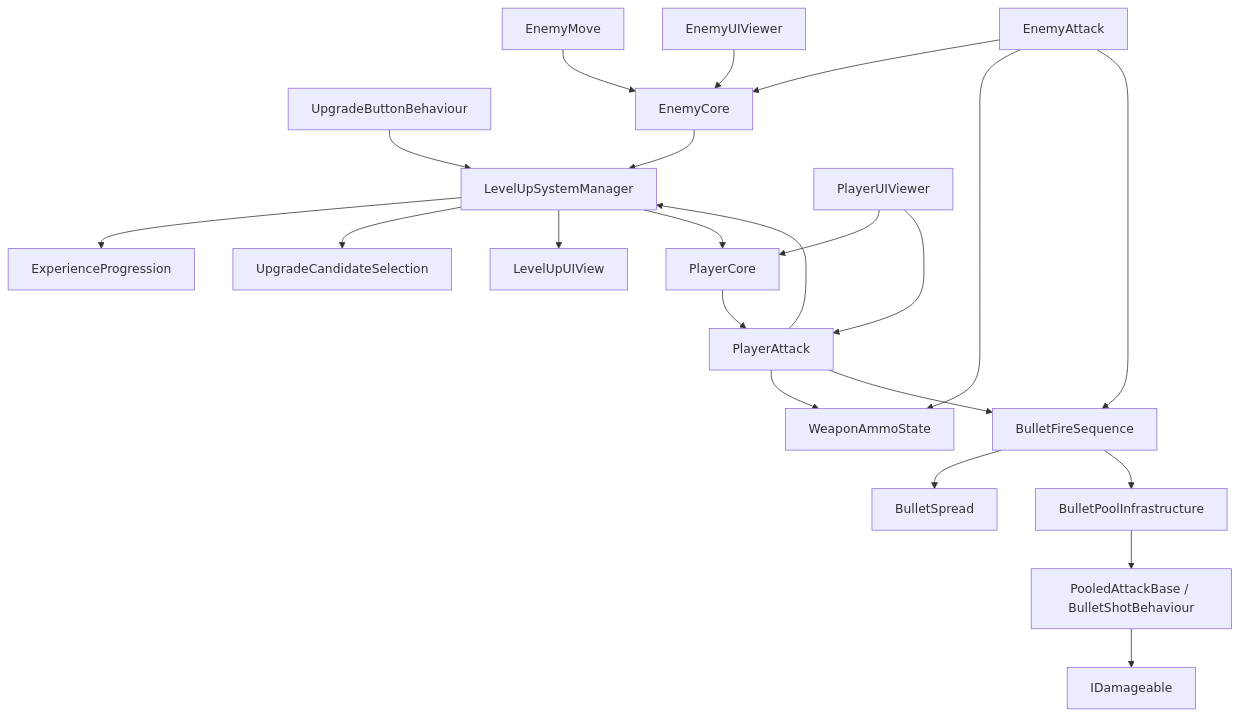
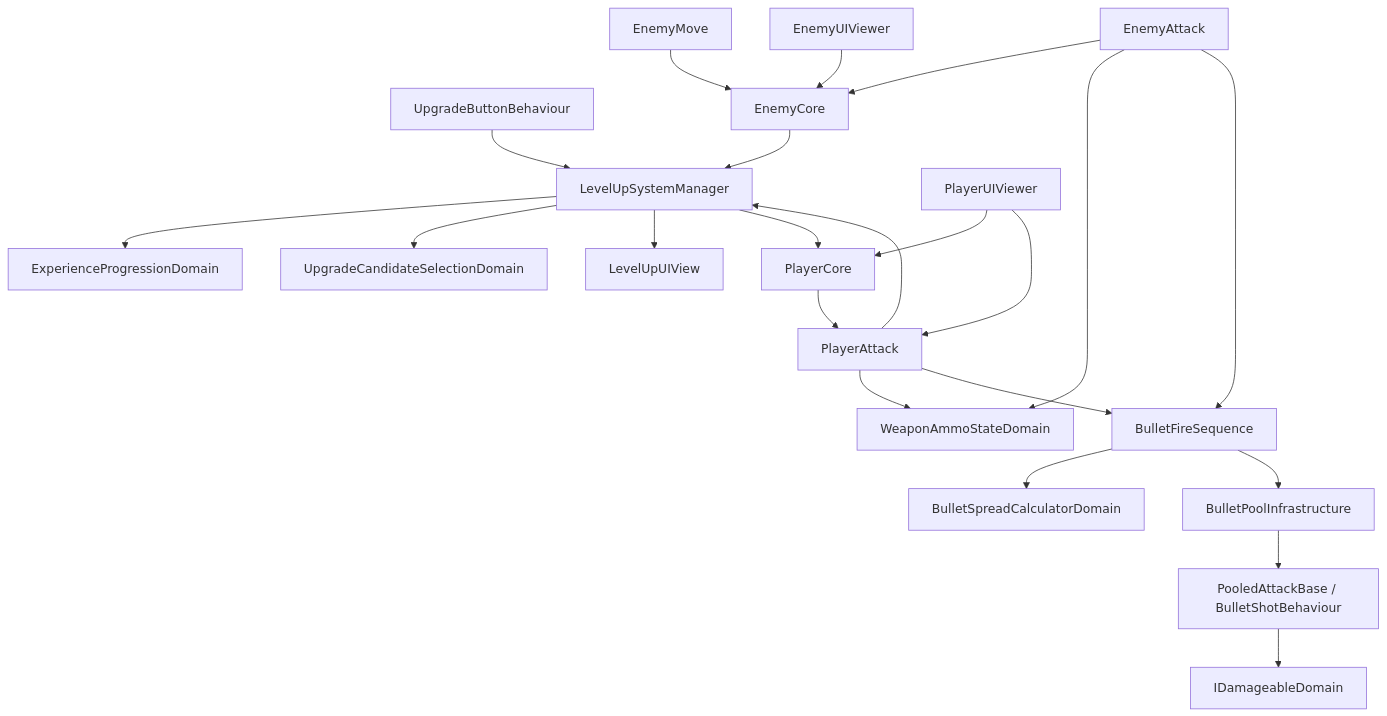
The diagram in docs/specs/gameplay-architecture.md (AoiTomiyama/kojinProjectFeb3D), drawn with Mermaid before and after one commit. The commit also changed other lines of this file and 33 other files, not shown here.

````diff
--- a/docs/specs/gameplay-architecture.md
+++ b/docs/specs/gameplay-architecture.md
@@ -28,24 +28,24 @@
 ```mermaid
 flowchart TD
     Button[UpgradeButtonBehaviour] --> Manager[LevelUpSystemManager]
     Enemy[EnemyCore] --> Manager
-    Manager --> Progress[ExperienceProgression]
-    Manager --> Selection[UpgradeCandidateSelection]
+    Manager --> Progress[ExperienceProgressionDomain]
+    Manager --> Selection[UpgradeCandidateSelectionDomain]
     Manager --> View[LevelUpUIView]
     Manager --> Player[PlayerCore]
     Player --> Attack[PlayerAttack]
     Attack --> Manager
     EnemyAttack[EnemyAttack] --> Enemy
     EnemyAttack --> Ammo
     EnemyAttack --> Fire
     EnemyMove[EnemyMove] --> Enemy
-    Attack --> Ammo[WeaponAmmoState]
+    Attack --> Ammo[WeaponAmmoStateDomain]
     Attack --> Fire[BulletFireSequence]
-    Fire --> Spread[BulletSpread]
+    Fire --> Spread[BulletSpreadCalculatorDomain]
     Fire --> Pool[BulletPoolInfrastructure]
     Pool --> Bullet[PooledAttackBase / BulletShotBehaviour]
     PlayerUI[PlayerUIViewer] --> Player
     PlayerUI --> Attack
     EnemyUI[EnemyUIViewer] --> Enemy
-    Bullet --> Damage[IDamageable]
+    Bullet --> Damage[IDamageableDomain]
 ```
````
